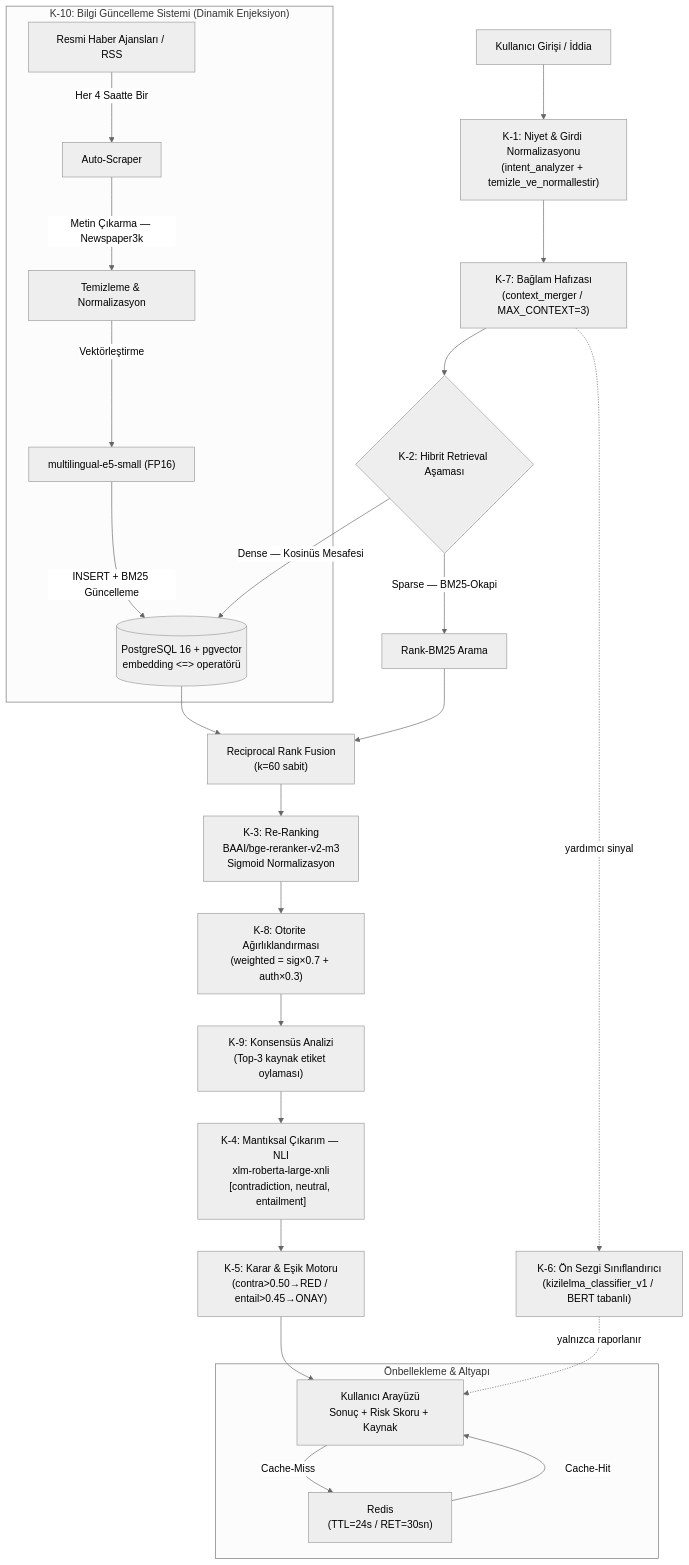
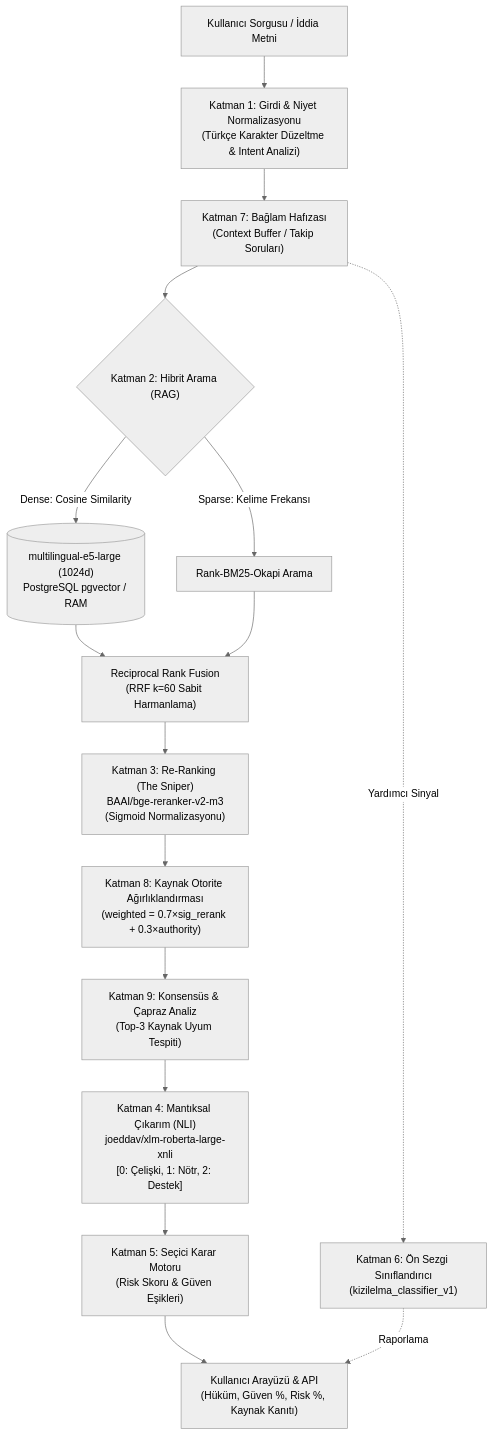
The diagram in README.md (ETU-Digital-Design-Lab/bsc-2026-group-5-kizilelmai-news-verifier), drawn with Mermaid (neutral theme) before and after one commit. The commit also changed other lines of this file and 4 other files, not shown here.

````diff
--- a/README.md
+++ b/README.md
@@ -49,55 +34,24 @@
 ```mermaid
-
 graph TD
-
-    A["Kullanıcı Girişi / İddia"] --> B["K-1: Niyet & Girdi Normalizasyonu\n(intent_analyzer + temizle_ve_normallestir)"]
-
-    B --> B2["K-7: Bağlam Hafızası\n(context_merger / MAX_CONTEXT=3)"]
-
-    B2 --> C{"K-2: Hibrit Retrieval Aşaması"}
-    B2 -. "yardımcı sinyal" .-> B3["K-6: Ön Sezgi Sınıflandırıcı\n(kizilelma_classifier_v1 / BERT tabanlı)"]
-    C -->|"Dense — Kosinüs Mesafesi"| D[("PostgreSQL 16 + pgvector\nembedding <=> operatörü")]
-
-    C -->|"Sparse — BM25-Okapi"| E["Rank-BM25 Arama"]
-
-    D --> F["Reciprocal Rank Fusion\n(k=60 sabit)"]
-
-    E --> F
-
-    F --> G["K-3: Re-Ranking\nBAAI/bge-reranker-v2-m3\nSigmoid Normalizasyon"]
-
-    G --> G2["K-8: Otorite Ağırlıklandırması\n(weighted = sig×0.7 + auth×0.3)"]
-
-    G2 --> G3["K-9: Konsensüs Analizi\n(Top-3 kaynak etiket oylaması)"]
-
-    G3 --> H["K-4: Mantıksal Çıkarım — NLI\nxlm-roberta-large-xnli\n[contradiction, neutral, entailment]"]
-
-    H --> I["K-5: Karar & Eşik Motoru\n(contra>0.50→RED / entail>0.45→ONAY)"]
-
-    I --> J["Kullanıcı Arayüzü\nSonuç + Risk Skoru + Kaynak"]
-    B3 -. "yalnızca raporlanır" .-> J
-
-
-    subgraph "K-10: Bilgi Güncelleme Sistemi (Dinamik Enjeksiyon)"
-
-        K["Resmi Haber Ajansları / RSS"] -->|"Her 4 Saatte Bir"| L["Auto-Scraper"]
-
-        L -->|"Metin Çıkarma — Newspaper3k"| M["Temizleme & Normalizasyon"]
-
-        M -->|"Vektörleştirme"| N["multilingual-e5-small (FP16)"]
-
-        N -->|"INSERT + BM25 Güncelleme"| D
-
-    end
-
-
-
-    subgraph "Önbellekleme & Altyapı"
-
-        J -->|"Cache-Miss"| Redis["Redis\n(TTL=24s / RET=30sn)"]
-
-        Redis -->|"Cache-Hit"| J
-
-    end
-
+    A["Kullanıcı Sorgusu / İddia Metni"] --> K1["Katman 1: Girdi & Niyet Normalizasyonu\n(Türkçe Karakter Düzeltme & Intent Analizi)"]
+    K1 --> K7["Katman 7: Bağlam Hafızası\n(Context Buffer / Takip Soruları)"]
+    K7 --> K2{"Katman 2: Hibrit Arama (RAG)"}
+    
+    K2 -->|"Dense: Cosine Similarity"| VDB[("multilingual-e5-large (1024d)\nPostgreSQL pgvector / RAM")]
+    K2 -->|"Sparse: Kelime Frekansı"| BM["Rank-BM25-Okapi Arama"]
+    
+    VDB --> RRF["Reciprocal Rank Fusion\n(RRF k=60 Sabit Harmanlama)"]
+    BM --> RRF
+    
+    RRF --> K3["Katman 3: Re-Ranking (The Sniper)\nBAAI/bge-reranker-v2-m3\n(Sigmoid Normalizasyonu)"]
+    K3 --> K8["Katman 8: Kaynak Otorite Ağırlıklandırması\n(weighted = 0.7×sig_rerank + 0.3×authority)"]
+    K8 --> K9["Katman 9: Konsensüs & Çapraz Analiz\n(Top-3 Kaynak Uyum Tespiti)"]
+    
+    K9 --> K4["Katman 4: Mantıksal Çıkarım (NLI)\njoeddav/xlm-roberta-large-xnli\n[0: Çelişki, 1: Nötr, 2: Destek]"]
+    
+    K4 --> K5["Katman 5: Seçici Karar Motoru\n(Risk Skoru & Güven Eşikleri)"]
+    K7 -.->|"Yardımcı Sinyal"| K6["Katman 6: Ön Sezgi Sınıflandırıcı\n(kizilelma_classifier_v1)"]
+    
+    K5 --> OUT["Kullanıcı Arayüzü & API\n(Hüküm, Güven %, Risk %, Kaynak Kanıtı)"]
+    K6 -.->|"Raporlama"| OUT
 ```
````
